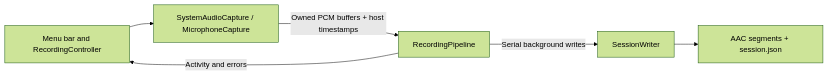
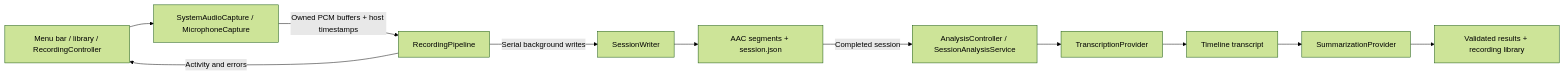
Before and after one commit to cutelizebin/zebtrace: the diagram in docs/architecture.md, drawn with Mermaid (forest theme). The commit also changed other lines of this file and 71 other files, not shown here.

First line of the commit message:
feat: add local recording review in ZebTrace 0.4.2

````diff
--- a/docs/architecture.md
+++ b/docs/architecture.md
@@ -5,8 +7,13 @@
 ```mermaid
 flowchart LR
-    UI[Menu bar and RecordingController] --> Capture[SystemAudioCapture / MicrophoneCapture]
+    UI[Menu bar / library / RecordingController] --> Capture[SystemAudioCapture / MicrophoneCapture]
     Capture -->|Owned PCM buffers + host timestamps| Pipeline[RecordingPipeline]
     Pipeline -->|Serial background writes| Writer[SessionWriter]
     Writer --> Files[AAC segments + session.json]
     Pipeline -->|Activity and errors| UI
+    Files -->|Completed session| Review[AnalysisController / SessionAnalysisService]
+    Review --> Speech[TranscriptionProvider]
+    Speech --> Transcript[Timeline transcript]
+    Transcript --> Summary[SummarizationProvider]
+    Summary --> Results[Validated results + recording library]
 ```
````
